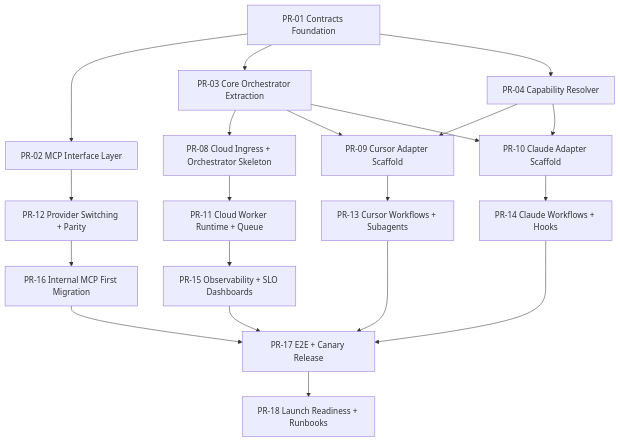
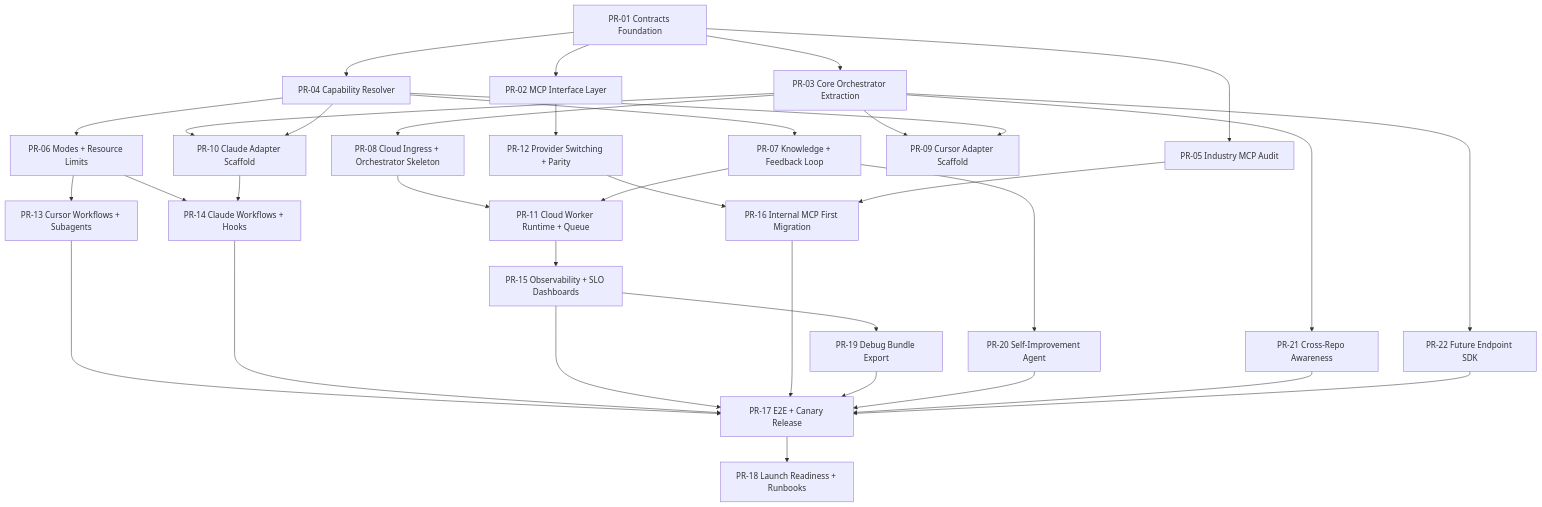
The diagram in docs/architecture/plugin-platform/pr-execution-plan.md (TamirCohen-Wix/production-master), drawn with Mermaid before and after one commit. The commit also changed other lines of this file and 2 other files, not shown here.

Commit message:
more cursor docs update

````diff
--- a/docs/architecture/plugin-platform/pr-execution-plan.md
+++ b/docs/architecture/plugin-platform/pr-execution-plan.md
@@ -14,22 +14,36 @@
 ```mermaid
 flowchart TD
     PR01[PR-01 Contracts Foundation] --> PR02[PR-02 MCP Interface Layer]
     PR01 --> PR03[PR-03 Core Orchestrator Extraction]
     PR01 --> PR04[PR-04 Capability Resolver]
+    PR01 --> PR05[PR-05 Industry MCP Audit]
+    PR04 --> PR06[PR-06 Modes + Resource Limits]
+    PR04 --> PR07[PR-07 Knowledge + Feedback Loop]
     PR02 --> PR12[PR-12 Provider Switching + Parity]
     PR03 --> PR08[PR-08 Cloud Ingress + Orchestrator Skeleton]
     PR03 --> PR09[PR-09 Cursor Adapter Scaffold]
     PR03 --> PR10[PR-10 Claude Adapter Scaffold]
+    PR06 --> PR13[PR-13 Cursor Workflows + Subagents]
+    PR06 --> PR14[PR-14 Claude Workflows + Hooks]
     PR04 --> PR09
     PR04 --> PR10
     PR08 --> PR11[PR-11 Cloud Worker Runtime + Queue]
-    PR09 --> PR13[PR-13 Cursor Workflows + Subagents]
-    PR10 --> PR14[PR-14 Claude Workflows + Hooks]
+    PR07 --> PR11
+    PR10 --> PR14
     PR11 --> PR15[PR-15 Observability + SLO Dashboards]
+    PR15 --> PR19[PR-19 Debug Bundle Export]
     PR12 --> PR16[PR-16 Internal MCP First Migration]
+    PR05 --> PR16
+    PR07 --> PR20[PR-20 Self-Improvement Agent]
+    PR03 --> PR21[PR-21 Cross-Repo Awareness]
+    PR03 --> PR22[PR-22 Future Endpoint SDK]
     PR13 --> PR17[PR-17 E2E + Canary Release]
     PR14 --> PR17
     PR15 --> PR17
     PR16 --> PR17
+    PR19 --> PR17
+    PR20 --> PR17
+    PR21 --> PR17
+    PR22 --> PR17
     PR17 --> PR18[PR-18 Launch Readiness + Runbooks]
 ```
````
